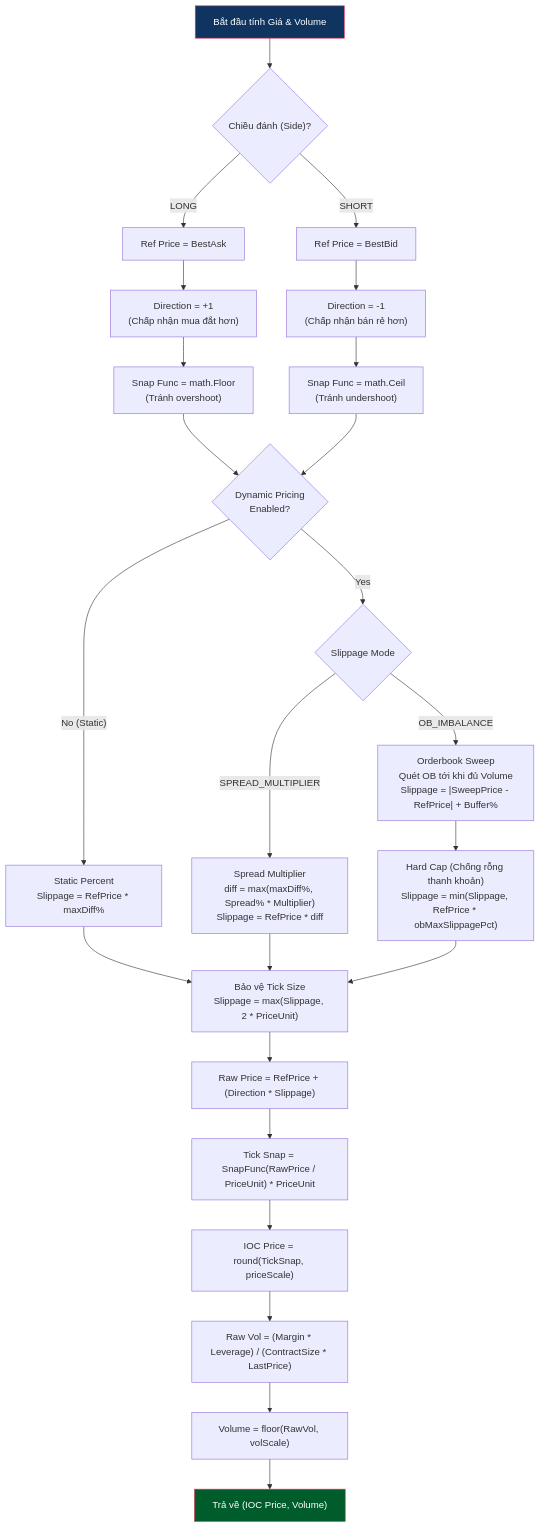
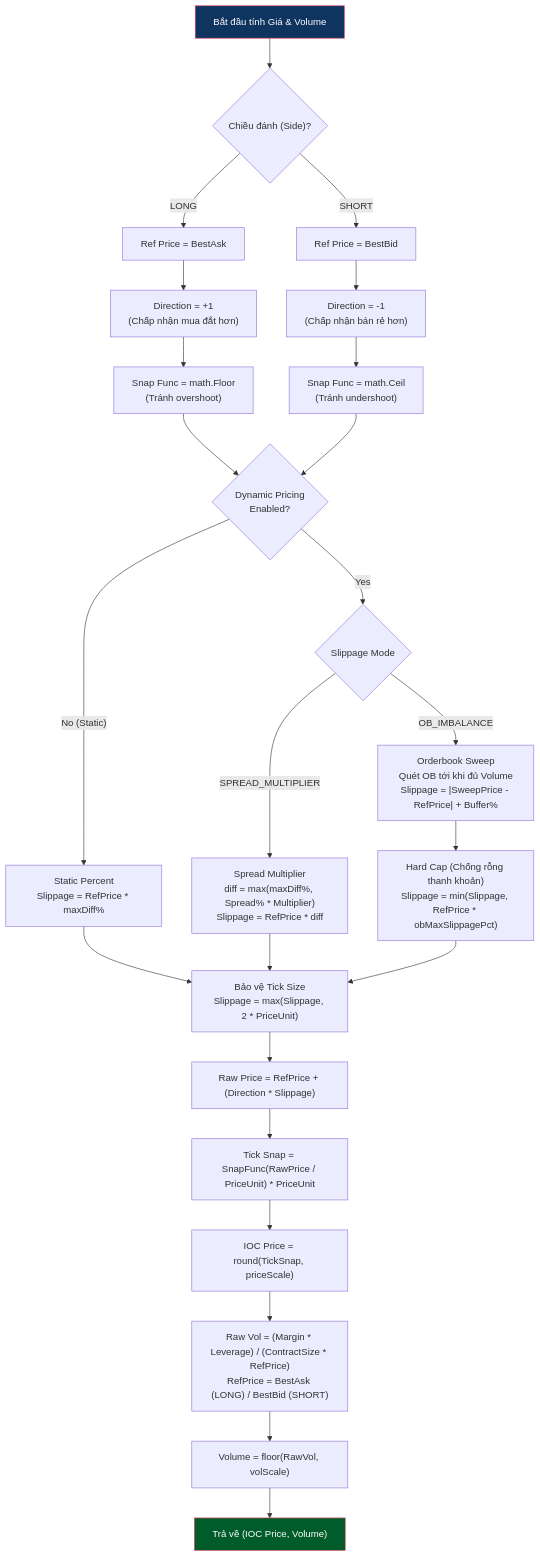
The first of 2 diagrams in docs/business/funding_reversion/price_flow.md (dangnmh/crypto-bot), drawn with Mermaid before and after one commit. The commit also changed other lines of this file and 159 other files, not shown here.

````diff
--- a/docs/business/funding_reversion/price_flow.md
+++ b/docs/business/funding_reversion/price_flow.md
@@ -5,43 +5,43 @@
 ```mermaid
 flowchart TD
     START["Bắt đầu tính Giá & Volume"] --> CHECK_SIDE{"Chiều đánh (Side)?"}
     
     CHECK_SIDE -- "LONG" --> L1["Ref Price = BestAsk"]
     L1 --> L2["Direction = +1<br/>(Chấp nhận mua đắt hơn)"]
     L2 --> L3["Snap Func = math.Floor<br/>(Tránh overshoot)"]
     
     CHECK_SIDE -- "SHORT" --> S1["Ref Price = BestBid"]
     S1 --> S2["Direction = -1<br/>(Chấp nhận bán rẻ hơn)"]
     S2 --> S3["Snap Func = math.Ceil<br/>(Tránh undershoot)"]
     
     L3 --> DYN_CHECK
     S3 --> DYN_CHECK
     
     DYN_CHECK{"Dynamic Pricing<br/>Enabled?"}
     
     DYN_CHECK -- "No (Static)" --> STATIC_SLIP["Static Percent<br/>Slippage = RefPrice * maxDiff%"]
     
     DYN_CHECK -- "Yes" --> DYN_MODE{"Slippage Mode"}
     
     DYN_MODE -- "SPREAD_MULTIPLIER" --> DYN_SPREAD["Spread Multiplier<br/>diff = max(maxDiff%, Spread% * Multiplier)<br/>Slippage = RefPrice * diff"]
     
     DYN_MODE -- "OB_IMBALANCE" --> DYN_OB["Orderbook Sweep<br/>Quét OB tới khi đủ Volume<br/>Slippage = |SweepPrice - RefPrice| + Buffer%"]
     
     DYN_OB --> HARD_CAP["Hard Cap (Chống rỗng thanh khoản)<br/>Slippage = min(Slippage, RefPrice * obMaxSlippagePct)"]
     
     STATIC_SLIP --> MIN_TICK
     DYN_SPREAD --> MIN_TICK
     HARD_CAP --> MIN_TICK
     
     MIN_TICK["Bảo vệ Tick Size<br/>Slippage = max(Slippage, 2 * PriceUnit)"] --> CALC_RAW
     
     CALC_RAW["Raw Price = RefPrice + (Direction * Slippage)"] --> SNAP
     SNAP["Tick Snap = SnapFunc(RawPrice / PriceUnit) * PriceUnit"] --> ROUND_PRICE
     ROUND_PRICE["IOC Price = round(TickSnap, priceScale)"] --> CALC_VOL
     
-    CALC_VOL["Raw Vol = (Margin * Leverage) / (ContractSize * LastPrice)"] --> ROUND_VOL
+    CALC_VOL["Raw Vol = (Margin * Leverage) / (ContractSize * RefPrice)<br/>RefPrice = BestAsk (LONG) / BestBid (SHORT)"] --> ROUND_VOL
     ROUND_VOL["Volume = floor(RawVol, volScale)"] --> DONE["Trả về (IOC Price, Volume)"]
 
     style START fill:#0f3460,stroke:#e94560,color:#fff
     style DONE fill:#005c2a,stroke:#e94560,color:#fff
 ```
````
